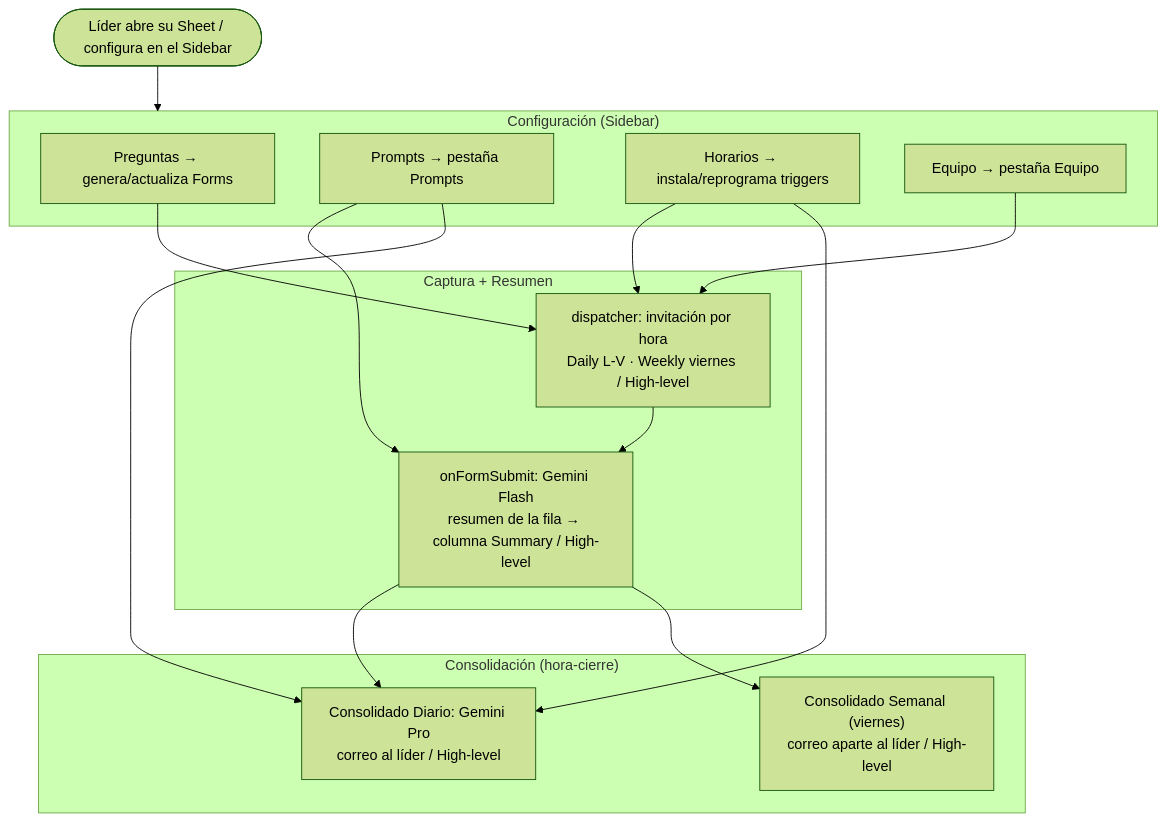
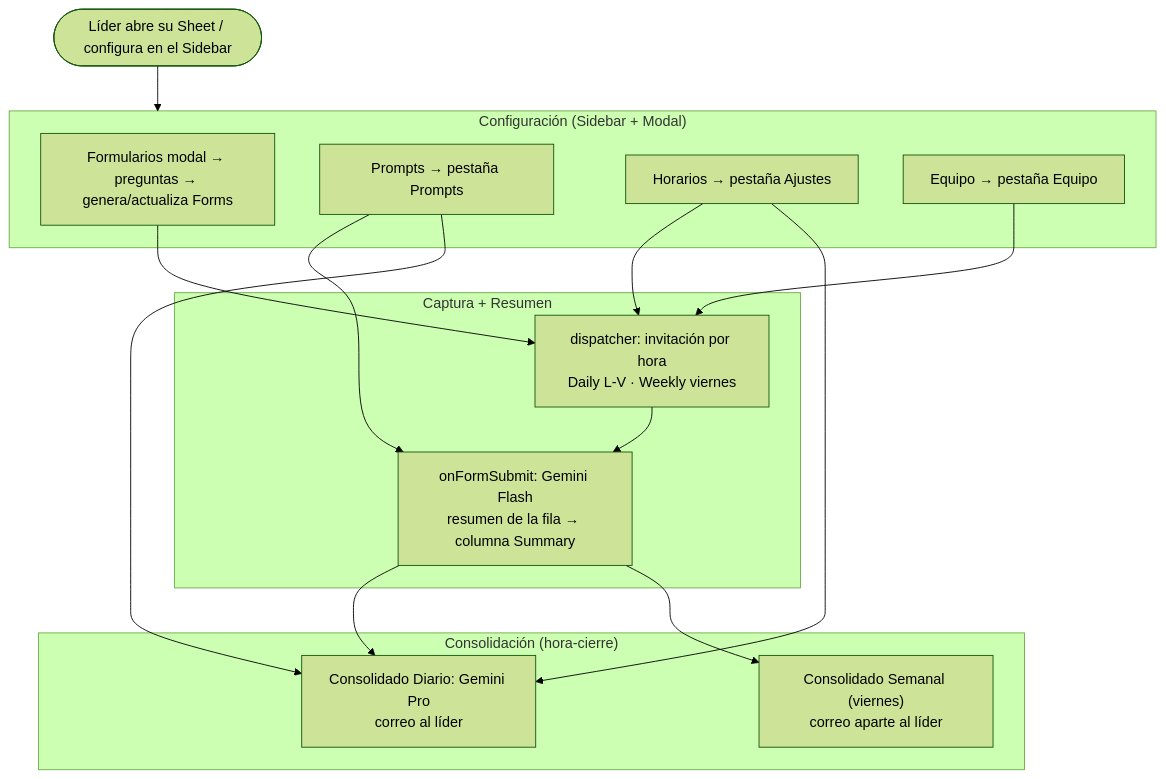
One commit to JosephRobles23/CoS-Vera---Xertica-AI-Builder changed the diagram in Docs/workflows/CLEVEL-REPORTS/CLEVEL-REPORTS.md. Above: the diagram before and after it, drawn with Mermaid (forest theme). The commit also changed other lines of this file and 23 other files, not shown here.

````diff
--- a/Docs/workflows/CLEVEL-REPORTS/CLEVEL-REPORTS.md
+++ b/Docs/workflows/CLEVEL-REPORTS/CLEVEL-REPORTS.md
@@ -35,32 +38,32 @@
 ```mermaid
 flowchart TD
     start([Líder abre su Sheet / configura en el Sidebar])
 
-    subgraph Config["Configuración (Sidebar)"]
-      cfgQ[Preguntas → genera/actualiza Forms]
+    subgraph Config["Configuración (Sidebar + Modal)"]
+      cfgQ[Formularios modal → preguntas → genera/actualiza Forms]
       cfgP[Prompts → pestaña Prompts]
-      cfgH[Horarios → instala/reprograma triggers]
+      cfgH[Horarios → pestaña Ajustes]
       cfgE[Equipo → pestaña Equipo]
     end
 
     subgraph Captura["Captura + Resumen"]
-      inv["dispatcher: invitación por hora<br/>Daily L-V · Weekly viernes / High-level"]
-      sub["onFormSubmit: Gemini Flash<br/>resumen de la fila → columna Summary / High-level"]
+      inv["dispatcher: invitación por hora<br/>Daily L-V · Weekly viernes"]
+      sub["onFormSubmit: Gemini Flash<br/>resumen de la fila → columna Summary"]
     end
 
     subgraph Cierre["Consolidación (hora-cierre)"]
-      cd["Consolidado Diario: Gemini Pro<br/>correo al líder / High-level"]
-      cw["Consolidado Semanal (viernes)<br/>correo aparte al líder / High-level"]
+      cd["Consolidado Diario: Gemini Pro<br/>correo al líder"]
+      cw["Consolidado Semanal (viernes)<br/>correo aparte al líder"]
     end
 
     start --> Config
     cfgQ --> inv
     inv --> sub
     cfgP --> sub
     cfgP --> cd
     cfgE --> inv
     cfgH --> inv
     cfgH --> cd
     sub --> cd
     sub --> cw
 ```
````
